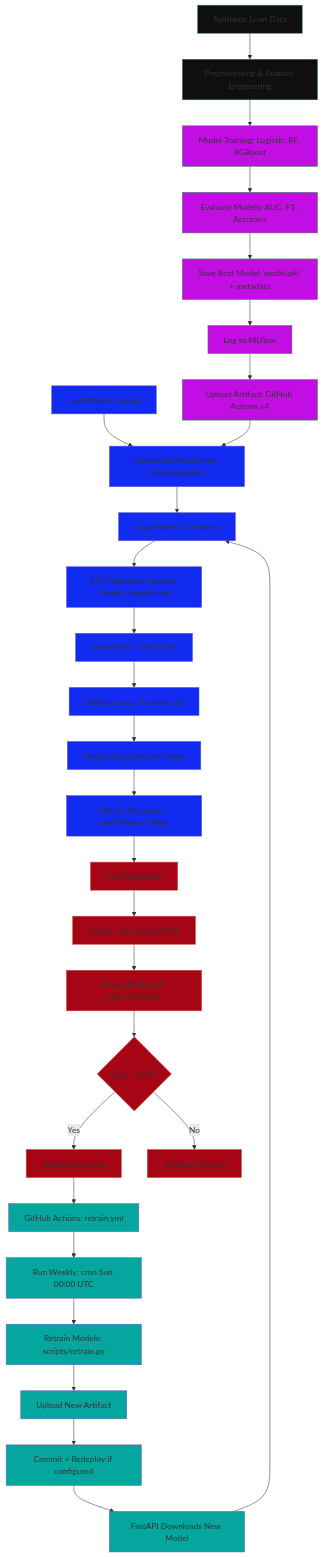
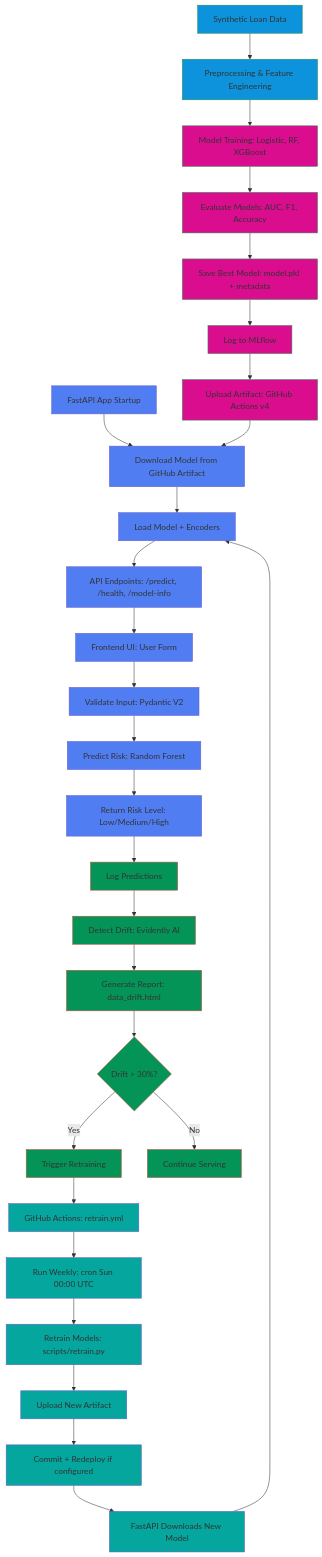
The diagram in README.md (meselekebede/delinquency-risk-mlops), drawn with Mermaid before and after one commit. The commit also changed other lines of this file, not shown here.

````diff
--- a/README.md
+++ b/README.md
@@ -225,48 +224,48 @@
 ```mermaid
 flowchart TD
     A[Synthetic Loan Data] --> B[Preprocessing & Feature Engineering]
     B --> C[Model Training: Logistic, RF, XGBoost]
     C --> D[Evaluate Models: AUC, F1, Accuracy]
     D --> E[Save Best Model: model.pkl + metadata]
     E --> F[Log to MLflow]
     F --> G[Upload Artifact: GitHub Actions v4]
 
     H[FastAPI App Startup] --> I[Download Model from GitHub Artifact]
     I --> J[Load Model + Encoders]
     J --> K[API Endpoints: /predict, /health, /model-info]
     K --> L[Frontend UI: User Form]
     L --> M[Validate Input: Pydantic V2]
     M --> N[Predict Risk: Random Forest]
     N --> O[Return Risk Level: Low/Medium/High]
 
     P[Log Predictions] --> Q[Detect Drift: Evidently AI]
     Q --> R[Generate Report: data_drift.html]
     R --> S{Drift > 30%?}
     S -->|Yes| T[Trigger Retraining]
     S -->|No| U[Continue Serving]
 
     T --> V[GitHub Actions: retrain.yml]
     V --> W[Run Weekly: cron Sun 00:00 UTC]
     W --> X[Retrain Models: scripts/retrain.py]
     X --> Y[Upload New Artifact]
     Y --> Z[Commit + Redeploy if configured]
     Z --> AA[FastAPI Downloads New Model]
 
     %% Connections
     G --> I
     O --> P
     AA --> J
 
     %% Styling (GitHub supports this)
-    classDef data fill:#0f0f0f,stroke:#2e8b57;
-    classDef training fill:#c30ee3,stroke:#2e8b57;
-    classDef serving fill:#112bf0,stroke:#6a5acd;
-    classDef monitoring fill:#a60515,stroke:#cc503a;
+    classDef data fill:#0d93db,stroke:#2e8b57;
+    classDef training fill:#db0d8f,stroke:#2e8b57;
+    classDef serving fill:#507ef2,stroke:#6a5acd;
+    classDef monitoring fill:#049458,stroke:#cc503a;
     classDef automation fill:#05a69e,stroke:#6a5acd;
 
     class A,B data
     class C,D,E,F,G training
     class H,I,J,K,L,M,N,O serving
     class P,Q,R,S,T,U monitoring
     class V,W,X,Y,Z,AA automation
 ```
````
